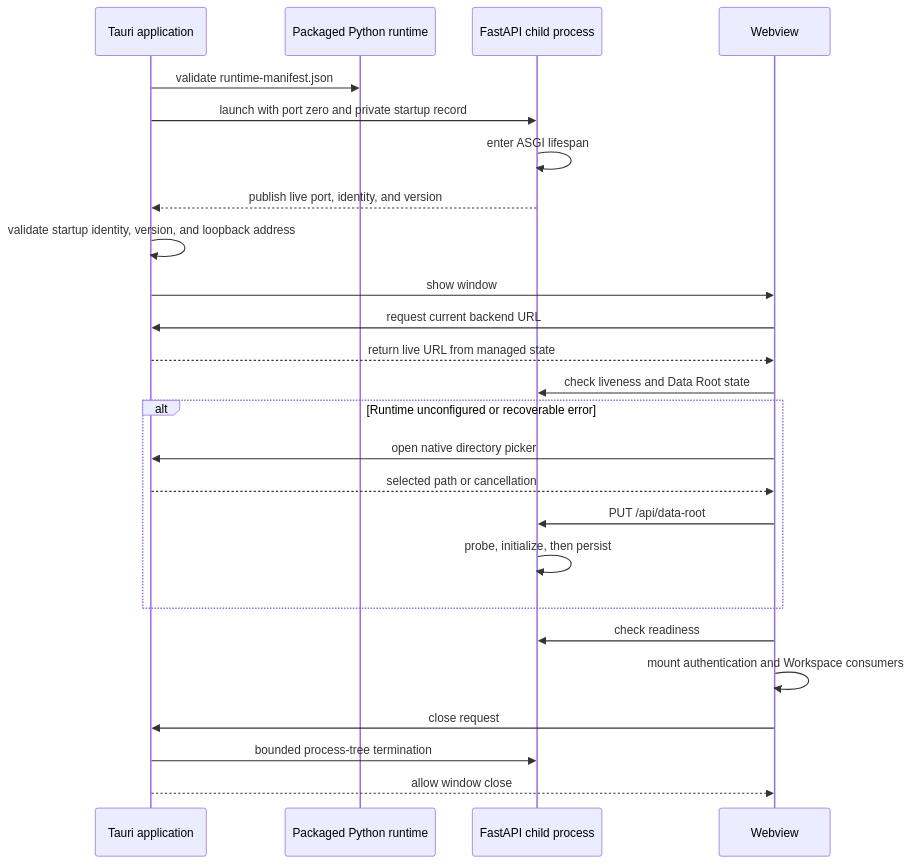
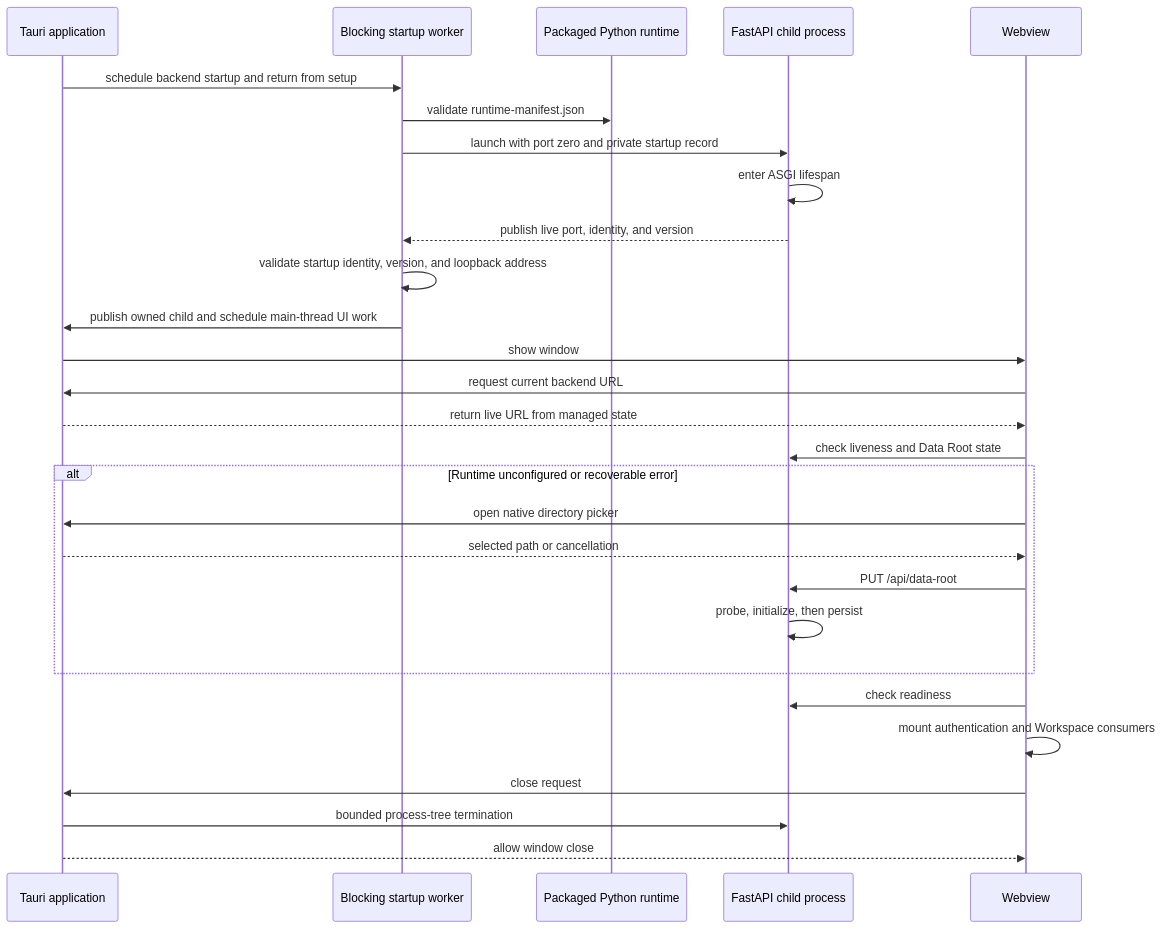
The first of 2 diagrams in docs/architecture/frontend/desktop.md (Australian-Text-Analytics-Platform/ldaca_web_app), drawn with Mermaid before and after one commit. The commit also changed other lines of this file and 31 other files, not shown here.

````diff
--- a/docs/architecture/frontend/desktop.md
+++ b/docs/architecture/frontend/desktop.md
@@ -15,28 +26,31 @@
 ```mermaid
 sequenceDiagram
     participant App as Tauri application
+    participant Worker as Blocking startup worker
     participant Runtime as Packaged Python runtime
     participant Backend as FastAPI child process
     participant Webview
 
-    App->>Runtime: validate runtime-manifest.json
-    App->>Backend: launch with port zero and private startup record
+    App->>Worker: schedule backend startup and return from setup
+    Worker->>Runtime: validate runtime-manifest.json
+    Worker->>Backend: launch with port zero and private startup record
     Backend->>Backend: enter ASGI lifespan
-    Backend-->>App: publish live port, identity, and version
-    App->>App: validate startup identity, version, and loopback address
+    Backend-->>Worker: publish live port, identity, and version
+    Worker->>Worker: validate startup identity, version, and loopback address
+    Worker->>App: publish owned child and schedule main-thread UI work
     App->>Webview: show window
     Webview->>App: request current backend URL
     App-->>Webview: return live URL from managed state
     Webview->>Backend: check liveness and Data Root state
     alt Runtime unconfigured or recoverable error
     Webview->>App: open native directory picker
     App-->>Webview: selected path or cancellation
     Webview->>Backend: PUT /api/data-root
     Backend->>Backend: probe, initialize, then persist
     end
     Webview->>Backend: check readiness
     Webview->>Webview: mount authentication and Workspace consumers
     Webview->>App: close request
     App->>Backend: bounded process-tree termination
     App-->>Webview: allow window close
 ```
````
